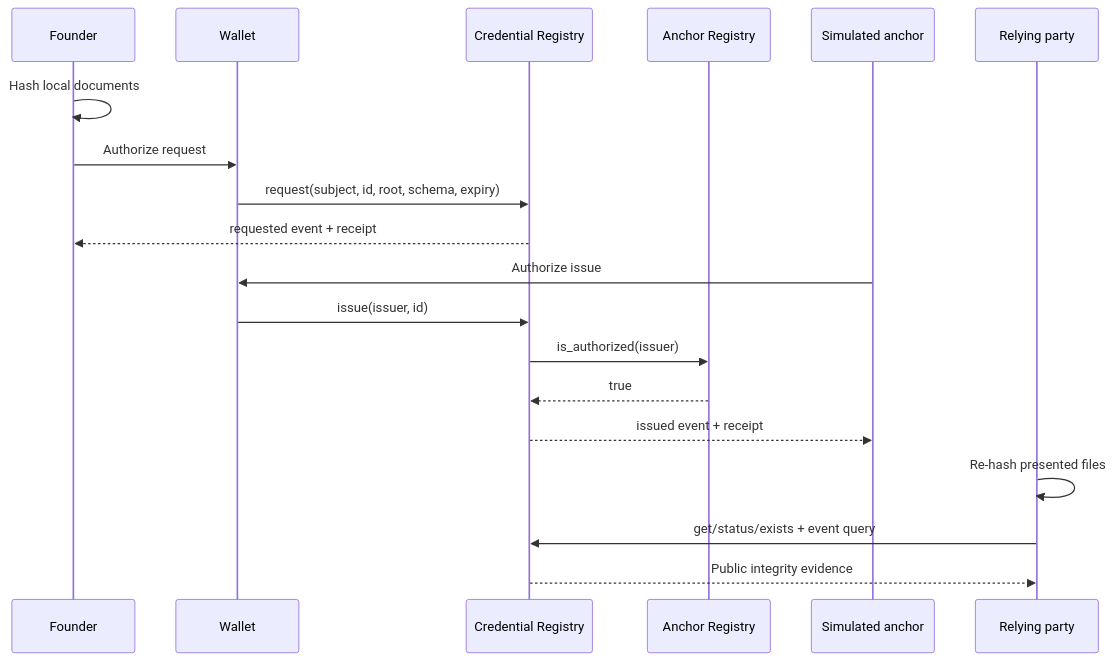
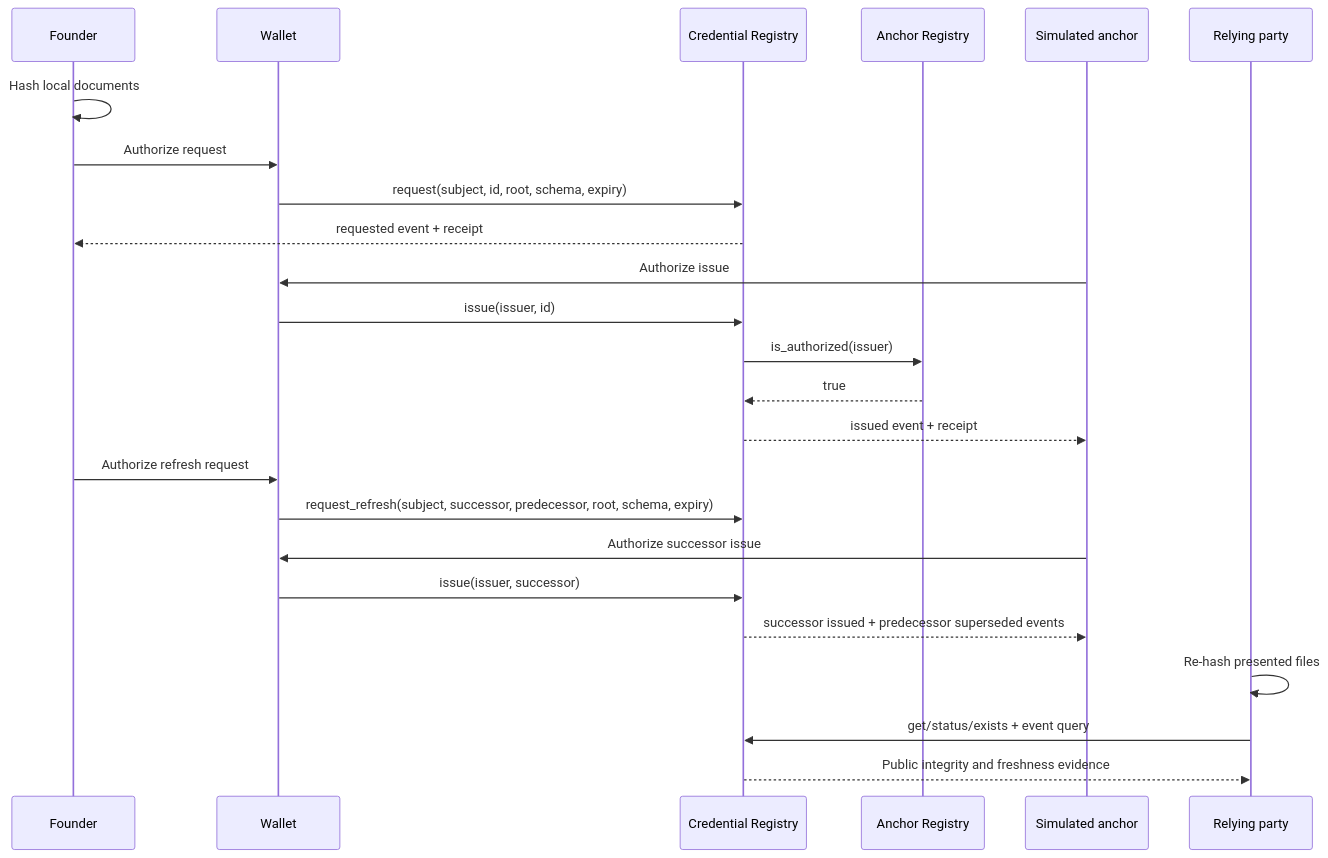
Before and after one commit to Alexandre-Nevero/SelyoPass: the second of 2 diagrams in docs/system-design.md, drawn with Mermaid. The commit also changed other lines of this file and 39 other files, not shown here.

````diff
--- a/docs/system-design.md
+++ b/docs/system-design.md
@@ -49,21 +49,26 @@
 ```mermaid
 sequenceDiagram
   participant F as Founder
   participant W as Wallet
   participant C as Credential Registry
   participant A as Anchor Registry
   participant O as Simulated anchor
   participant R as Relying party
   F->>F: Hash local documents
   F->>W: Authorize request
   W->>C: request(subject, id, root, schema, expiry)
   C-->>F: requested event + receipt
   O->>W: Authorize issue
   W->>C: issue(issuer, id)
   C->>A: is_authorized(issuer)
   A-->>C: true
   C-->>O: issued event + receipt
+  F->>W: Authorize refresh request
+  W->>C: request_refresh(subject, successor, predecessor, root, schema, expiry)
+  O->>W: Authorize successor issue
+  W->>C: issue(issuer, successor)
+  C-->>O: successor issued + predecessor superseded events
   R->>R: Re-hash presented files
   R->>C: get/status/exists + event query
-  C-->>R: Public integrity evidence
+  C-->>R: Public integrity and freshness evidence
 ```
````
